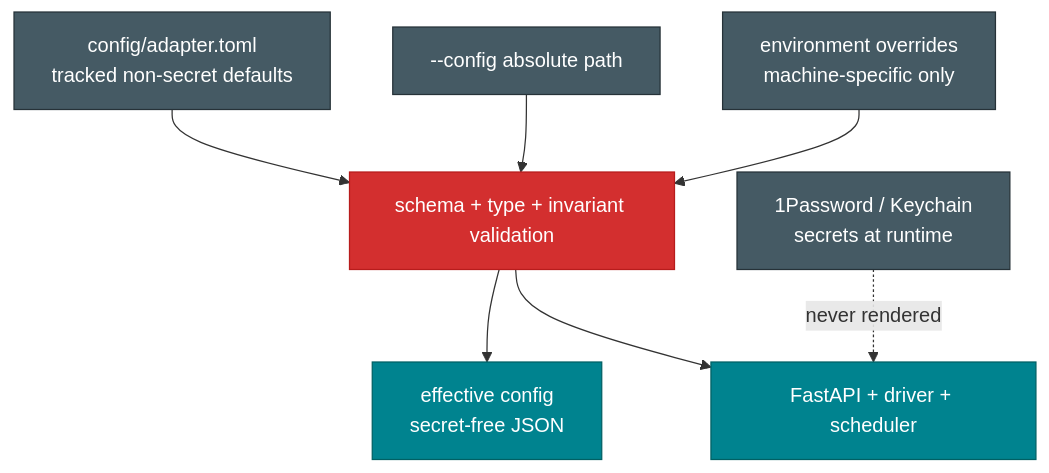
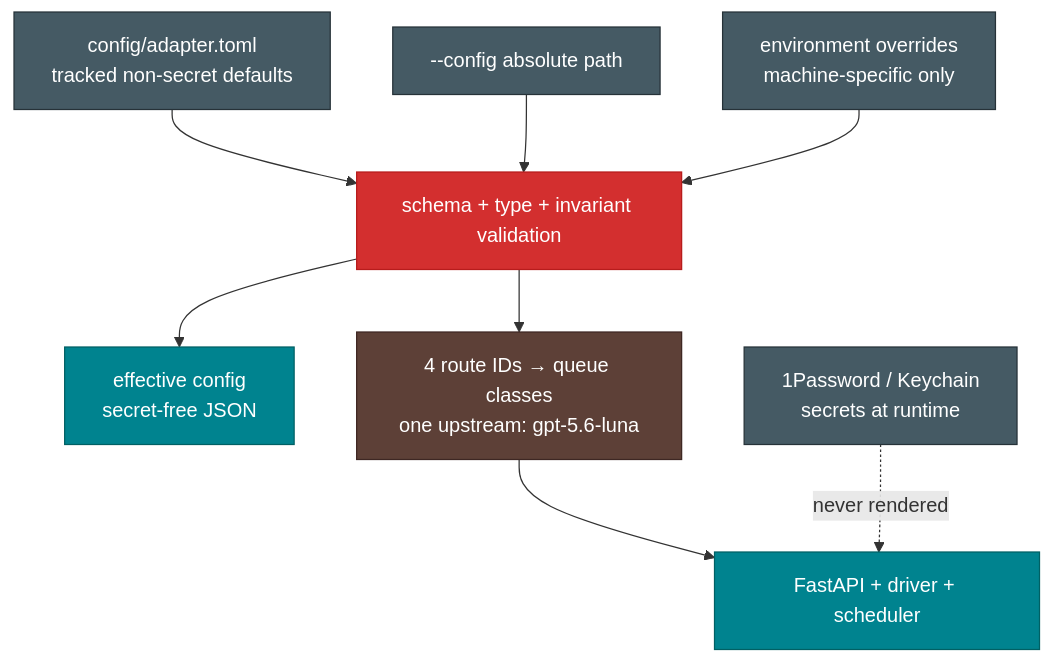
One commit to mpolatcan/hermes-setup changed the second of 2 diagrams in integrations/honcho-codex-adapter/docs/architecture.md. Above: the diagram before and after it, drawn with Mermaid. The commit also changed other lines of this file and 22 other files, not shown here.

````diff
--- a/integrations/honcho-codex-adapter/docs/architecture.md
+++ b/integrations/honcho-codex-adapter/docs/architecture.md
@@ -53,22 +58,24 @@
 ```mermaid
 flowchart TD
     T["config/adapter.toml<br/>tracked non-secret defaults"]:::config
     F["--config absolute path"]:::config
     E["environment overrides<br/>machine-specific only"]:::config
     V["schema + type + invariant validation"]:::gate
     X["effective config<br/>secret-free JSON"]:::svc
+    W["4 route IDs → queue classes<br/>one upstream: gpt-5.6-luna"]:::route
     A["FastAPI + driver + scheduler"]:::svc
     S["1Password / Keychain<br/>secrets at runtime"]:::secret
 
     T --> V
     F --> V
     E --> V
     V --> X
-    V --> A
+    V --> W --> A
     S -. "never rendered" .-> A
 
     classDef config fill:#455A64,stroke:#263238,color:#fff
     classDef gate fill:#D32F2F,stroke:#B71C1C,color:#fff
+    classDef route fill:#5D4037,stroke:#3E2723,color:#fff
     classDef svc fill:#00838F,stroke:#006064,color:#fff
     classDef secret fill:#455A64,stroke:#263238,color:#fff
 ```
````
